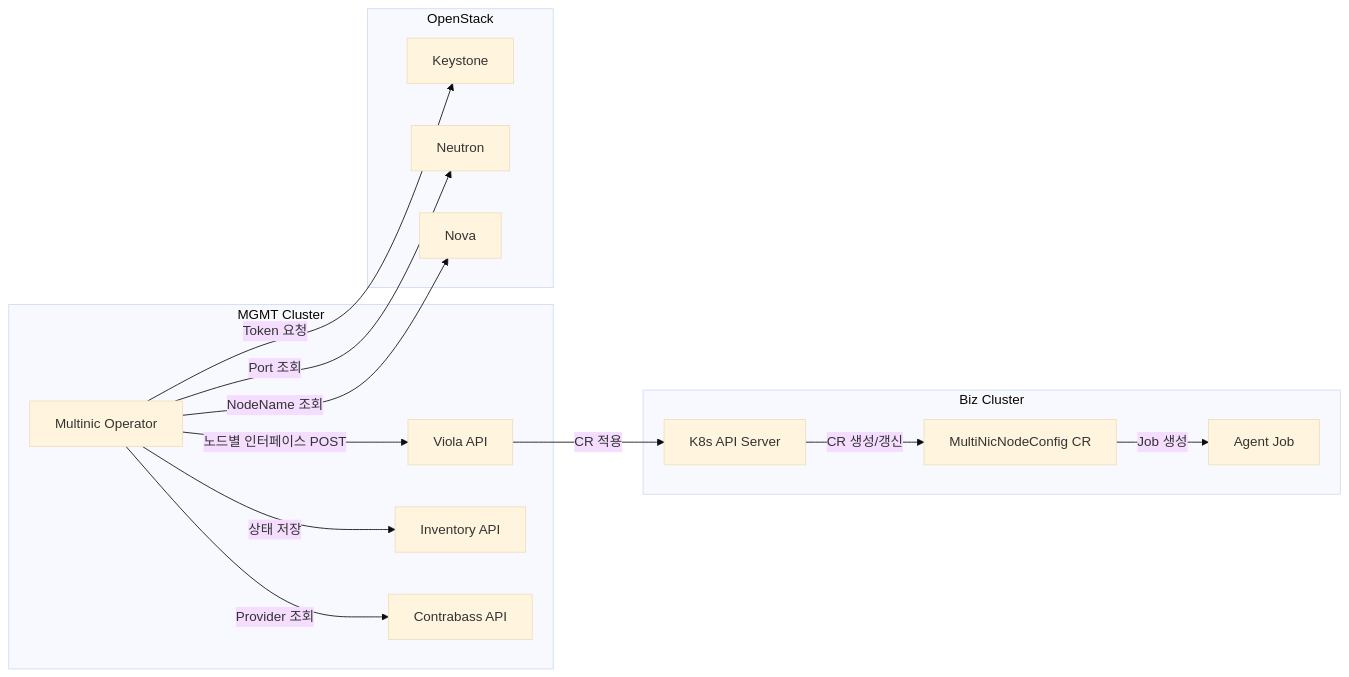
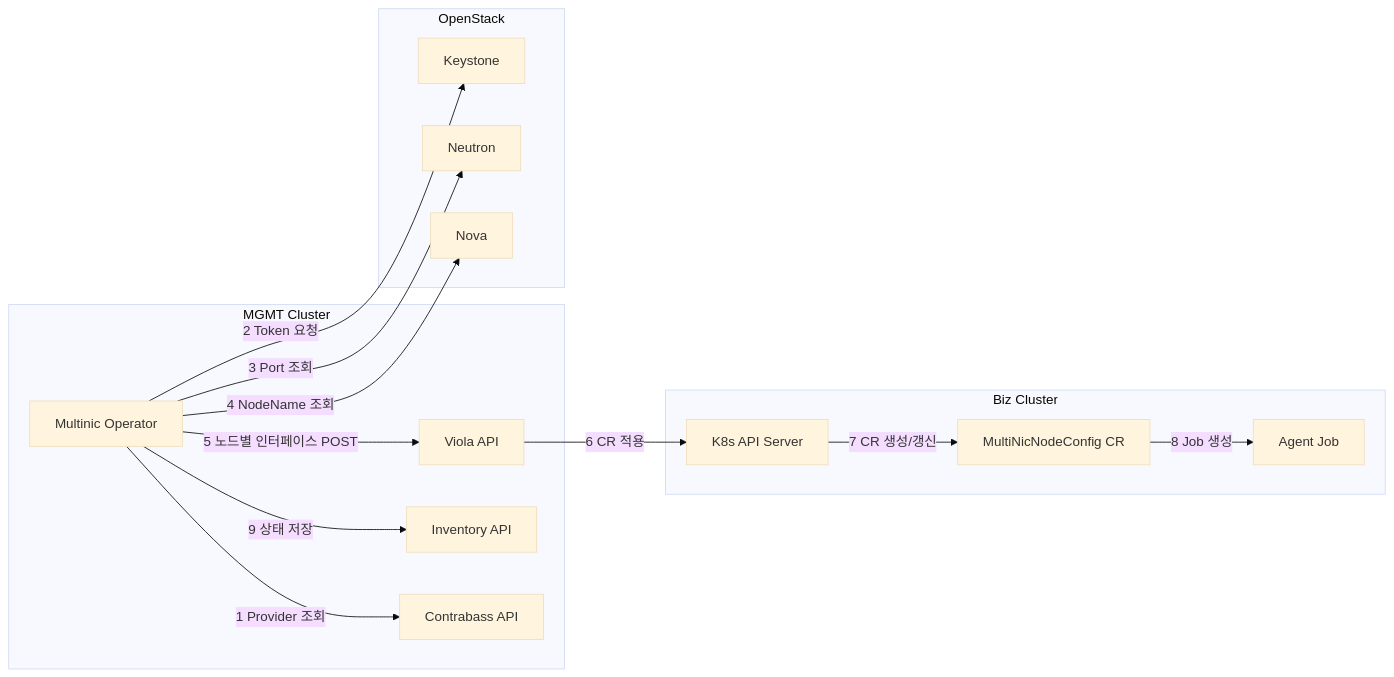
The third of 3 diagrams in FLOW.md (Minzino/multi-network-interface-operator), drawn with Mermaid (base theme) before and after one commit. The commit also changed other lines of this file, not shown here.

Commit message:
Fix mermaid flowcharts and add numbering

````diff
--- a/FLOW.md
+++ b/FLOW.md
@@ -55,31 +55,31 @@
 ```mermaid
-flowchart LR
+graph LR
   subgraph MGMT["MGMT Cluster"]
     OP[Multinic Operator]
     VA[Viola API]
     INV[Inventory API]
     CB[Contrabass API]
   end
 
   subgraph OS["OpenStack"]
     KS[Keystone]
     NE[Neutron]
     NO[Nova]
   end
 
   subgraph BIZ["Biz Cluster"]
     KAPI[K8s API Server]
     CR[MultiNicNodeConfig CR]
     AG[Agent Job]
   end
 
-  OP -->|Provider 조회| CB
-  OP -->|Token 요청| KS
-  OP -->|Port 조회| NE
-  OP -->|NodeName 조회| NO
-  OP -->|노드별 인터페이스 POST| VA
-  VA -->|CR 적용| KAPI
-  KAPI -->|CR 생성/갱신| CR
-  CR -->|Job 생성| AG
-  OP -->|상태 저장| INV
+  OP -->|1 Provider 조회| CB
+  OP -->|2 Token 요청| KS
+  OP -->|3 Port 조회| NE
+  OP -->|4 NodeName 조회| NO
+  OP -->|5 노드별 인터페이스 POST| VA
+  VA -->|6 CR 적용| KAPI
+  KAPI -->|7 CR 생성/갱신| CR
+  CR -->|8 Job 생성| AG
+  OP -->|9 상태 저장| INV
 ```
````
